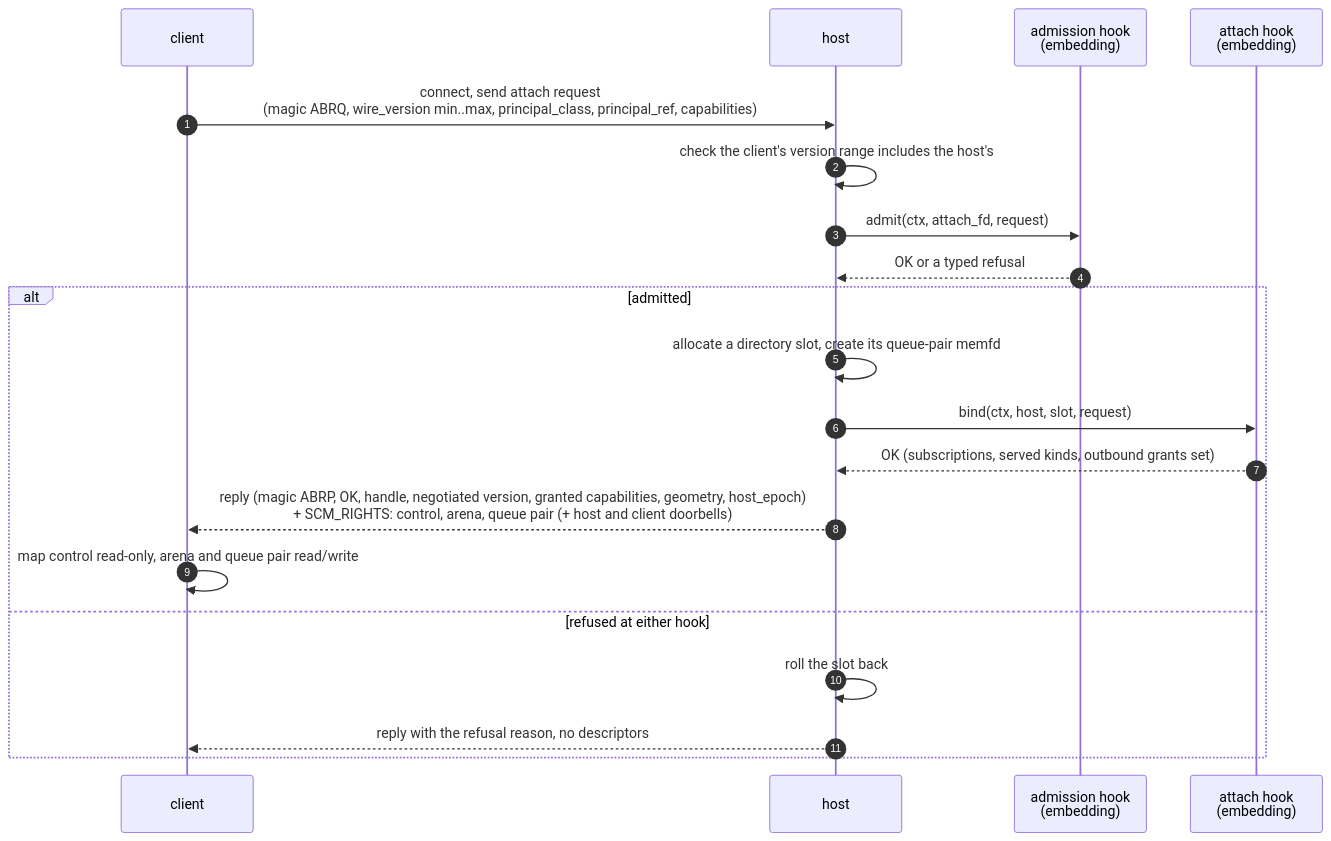
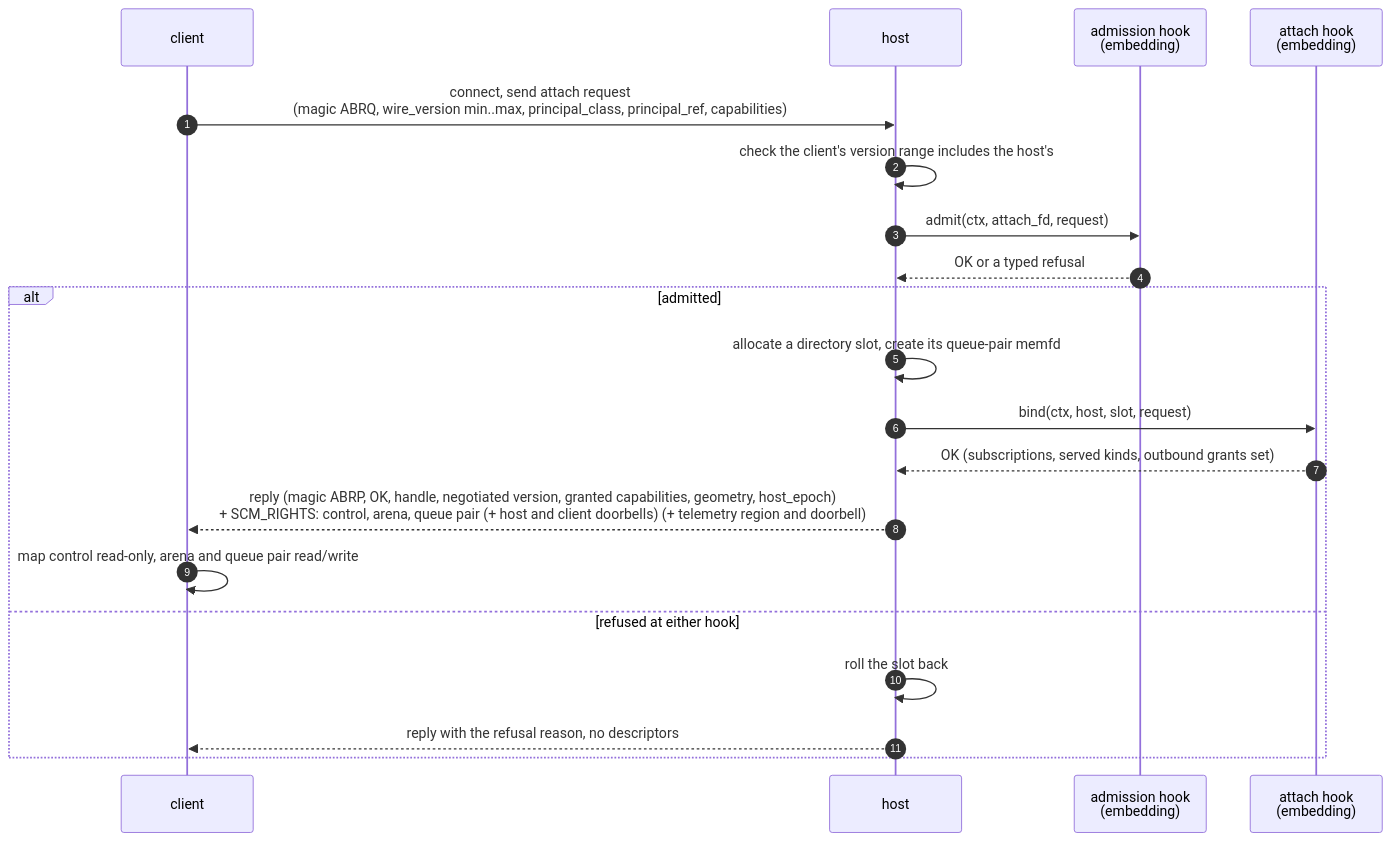
Before and after one commit to RakuenSoftware/ouroboros-ring: the first of 2 diagrams in docs/attach-and-admission.md, drawn with Mermaid. The commit also changed other lines of this file and 10 other files, not shown here.

````diff
--- a/docs/attach-and-admission.md
+++ b/docs/attach-and-admission.md
@@ -13,22 +13,22 @@
 ```mermaid
 sequenceDiagram
     autonumber
     participant C as client
     participant H as host
     participant A as admission hook<br/>(embedding)
     participant B as attach hook<br/>(embedding)
     C->>H: connect, send attach request<br/>(magic ABRQ, wire_version min..max, principal_class, principal_ref, capabilities)
     H->>H: check the client's version range includes the host's
     H->>A: admit(ctx, attach_fd, request)
     A-->>H: OK or a typed refusal
     alt admitted
         H->>H: allocate a directory slot, create its queue-pair memfd
         H->>B: bind(ctx, host, slot, request)
         B-->>H: OK (subscriptions, served kinds, outbound grants set)
-        H-->>C: reply (magic ABRP, OK, handle, negotiated version, granted capabilities, geometry, host_epoch)<br/>+ SCM_RIGHTS: control, arena, queue pair (+ host and client doorbells)
+        H-->>C: reply (magic ABRP, OK, handle, negotiated version, granted capabilities, geometry, host_epoch)<br/>+ SCM_RIGHTS: control, arena, queue pair (+ host and client doorbells) (+ telemetry region and doorbell)
         C->>C: map control read-only, arena and queue pair read/write
     else refused at either hook
         H->>H: roll the slot back
         H-->>C: reply with the refusal reason, no descriptors
     end
 ```
````
